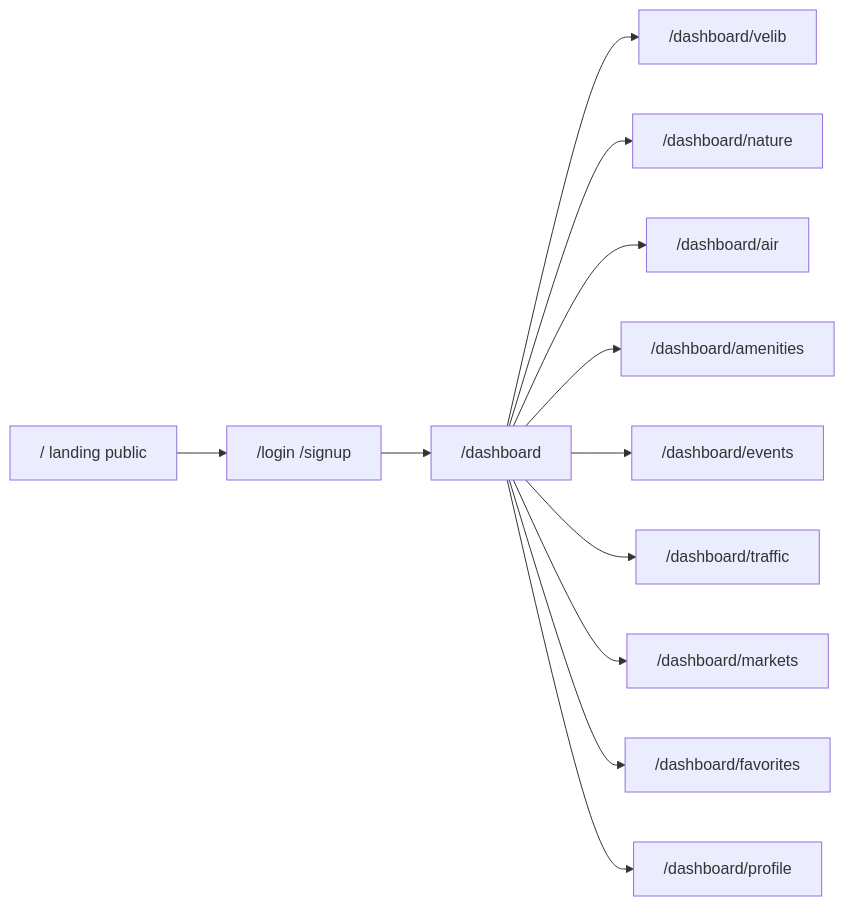
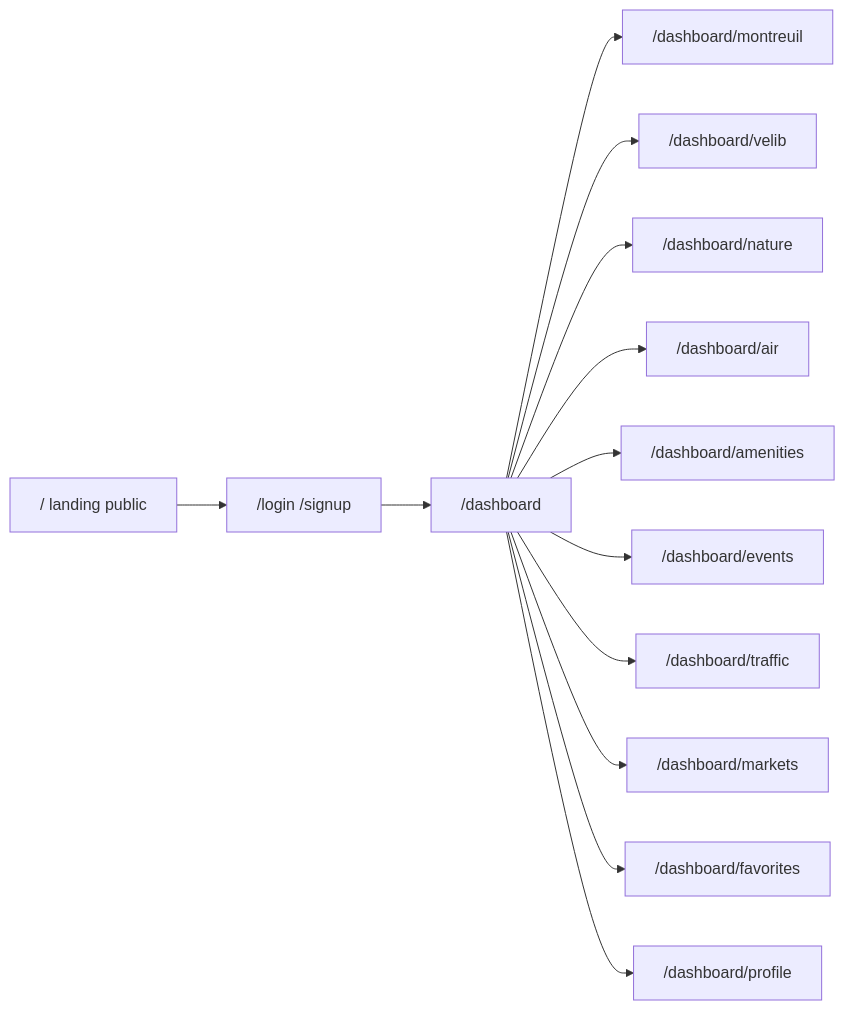
Before and after one commit to vincent-bartissol/dashboard: the diagram in PLAN.md, drawn with Mermaid. The commit also changed other lines of this file and 6 other files, not shown here.

````diff
--- a/PLAN.md
+++ b/PLAN.md
@@ -18,14 +11,15 @@
 ```mermaid
 flowchart LR
   landing["/ landing public"] --> login["/login /signup"]
   login --> overview["/dashboard"]
+  overview --> montreuil["/dashboard/montreuil"]
   overview --> velib["/dashboard/velib"]
   overview --> nature["/dashboard/nature"]
   overview --> air["/dashboard/air"]
   overview --> amenities["/dashboard/amenities"]
   overview --> events["/dashboard/events"]
   overview --> traffic["/dashboard/traffic"]
   overview --> markets["/dashboard/markets"]
   overview --> favorites["/dashboard/favorites"]
   overview --> profile["/dashboard/profile"]
 ```
````
